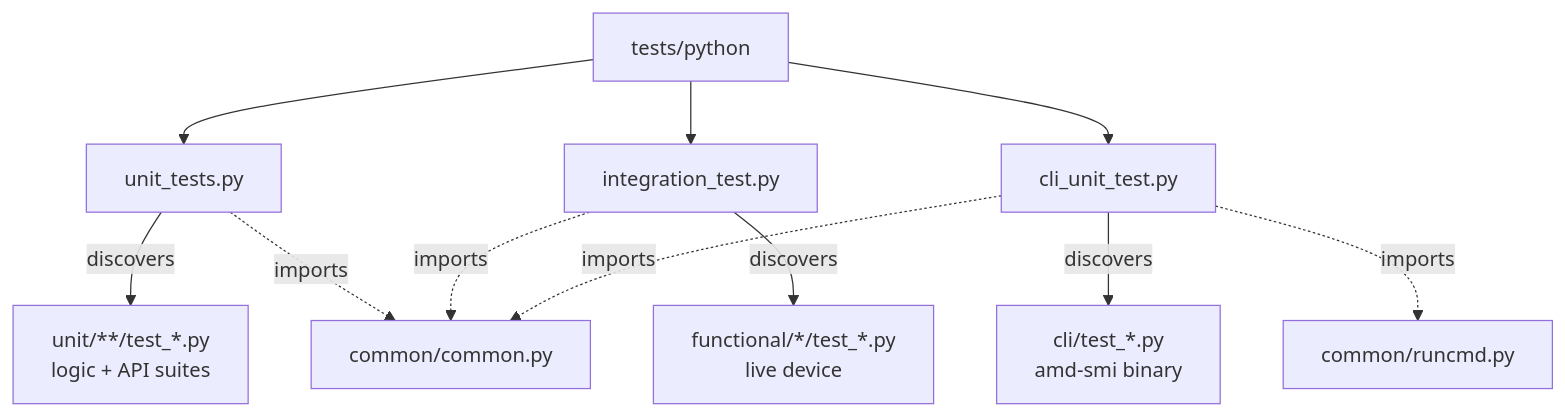
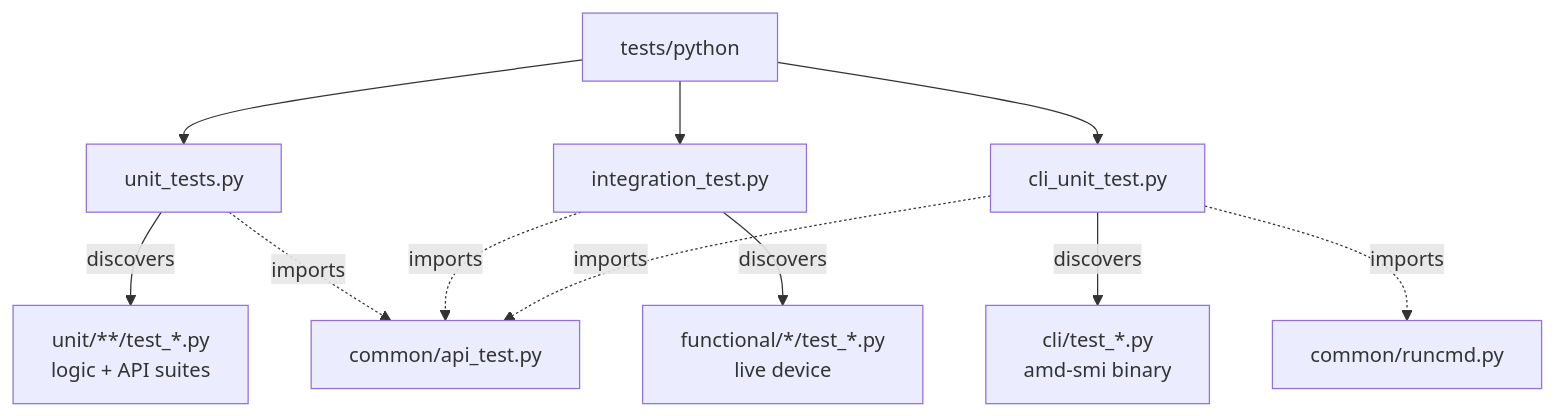
The first of 4 diagrams in projects/amdsmi/tests/python/README.md (ROCm/rocm-systems), drawn with Mermaid before and after one commit. The commit also changed other lines of this file and 29 other files, not shown here.

First line of the commit message:
test(amdsmi): assert populated payloads and split out the API driver

````diff
--- a/projects/amdsmi/tests/python/README.md
+++ b/projects/amdsmi/tests/python/README.md
@@ -51,13 +51,13 @@
 ```mermaid
 graph TD
     A[tests/python] --> U[unit_tests.py]
     A --> I[integration_test.py]
     A --> C[cli_unit_test.py]
     U -->|discovers| UU[unit/**/test_*.py<br/>logic + API suites]
     I -->|discovers| FF[functional/*/test_*.py<br/>live device]
     C -->|discovers| CC[cli/test_*.py<br/>amd-smi binary]
-    U -.imports.-> CM[common/common.py]
+    U -.imports.-> CM[common/api_test.py]
     I -.imports.-> CM
     C -.imports.-> CM
     C -.imports.-> RC[common/runcmd.py]
 ```
````
